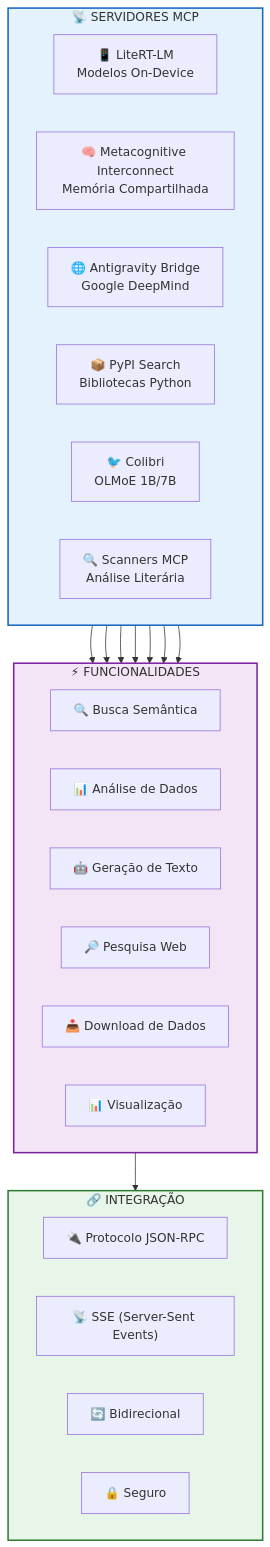
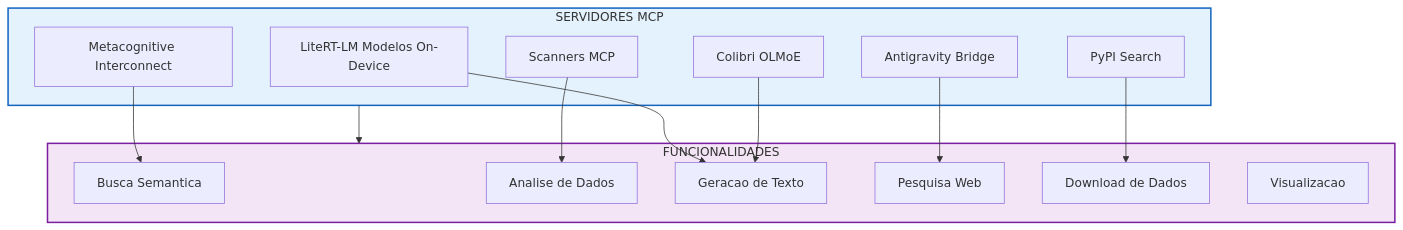
One commit to MarceloClaro/opencode-ecosystem-core changed diagram 18 of 22 in README.md. Above: the diagram before and after it, drawn with Mermaid. The commit also changed other lines of this file, not shown here.

````diff
--- a/README.md
+++ b/README.md
@@ -1207,44 +1096,32 @@
 ```mermaid
 flowchart TB
-    subgraph MCP_SERVERS ["📡 SERVIDORES MCP"]
-        direction LR
-        LITERT2["📱 LiteRT-LM\nModelos On-Device"]
-        META3["🧠 Metacognitive Interconnect\nMemória Compartilhada"]
-        ANTI["🌐 Antigravity Bridge\nGoogle DeepMind"]
-        PYPI["📦 PyPI Search\nBibliotecas Python"]
-        COLIBRI2["🐦 Colibri\nOLMoE 1B/7B"]
-        SCANNER["🔍 Scanners MCP\nAnálise Literária"]
+    subgraph MCP_SERVERS ["SERVIDORES MCP"]
+        LITERT2["LiteRT-LM Modelos On-Device"]
+        META3["Metacognitive Interconnect"]
+        ANTI["Antigravity Bridge"]
+        PYPI["PyPI Search"]
+        COLIBRI2["Colibri OLMoE"]
+        SCANNER["Scanners MCP"]
     end
 
-    subgraph FEATURES ["⚡ FUNCIONALIDADES"]
-        direction LR
-        F1["🔍 Busca Semântica"]
-        F2["📊 Análise de Dados"]
-        F3["🤖 Geração de Texto"]
-        F4["🔎 Pesquisa Web"]
-        F5["📥 Download de Dados"]
-        F6["📊 Visualização"]
-    end
-
-    subgraph INTEGRATION ["🔗 INTEGRAÇÃO"]
-        direction LR
-        I1["🔌 Protocolo JSON-RPC"]
-        I2["📡 SSE (Server-Sent Events)"]
-        I3["🔄 Bidirecional"]
-        I4["🔒 Seguro"]
+    subgraph FEATURES ["FUNCIONALIDADES"]
+        F1["Busca Semantica"]
+        F2["Analise de Dados"]
+        F3["Geracao de Texto"]
+        F4["Pesquisa Web"]
+        F5["Download de Dados"]
+        F6["Visualizacao"]
     end
 
     MCP_SERVERS --> FEATURES
-    FEATURES --> INTEGRATION
 
     LITERT2 --> F3
     META3 --> F1
     ANTI --> F4
     PYPI --> F5
     COLIBRI2 --> F3
     SCANNER --> F2
 
     style MCP_SERVERS fill:#e3f2fd,stroke:#1565c0,stroke-width:2px
     style FEATURES fill:#f3e5f5,stroke:#7b1fa2,stroke-width:2px
-    style INTEGRATION fill:#e8f5e9,stroke:#2e7d32,stroke-width:2px
 ```
````
